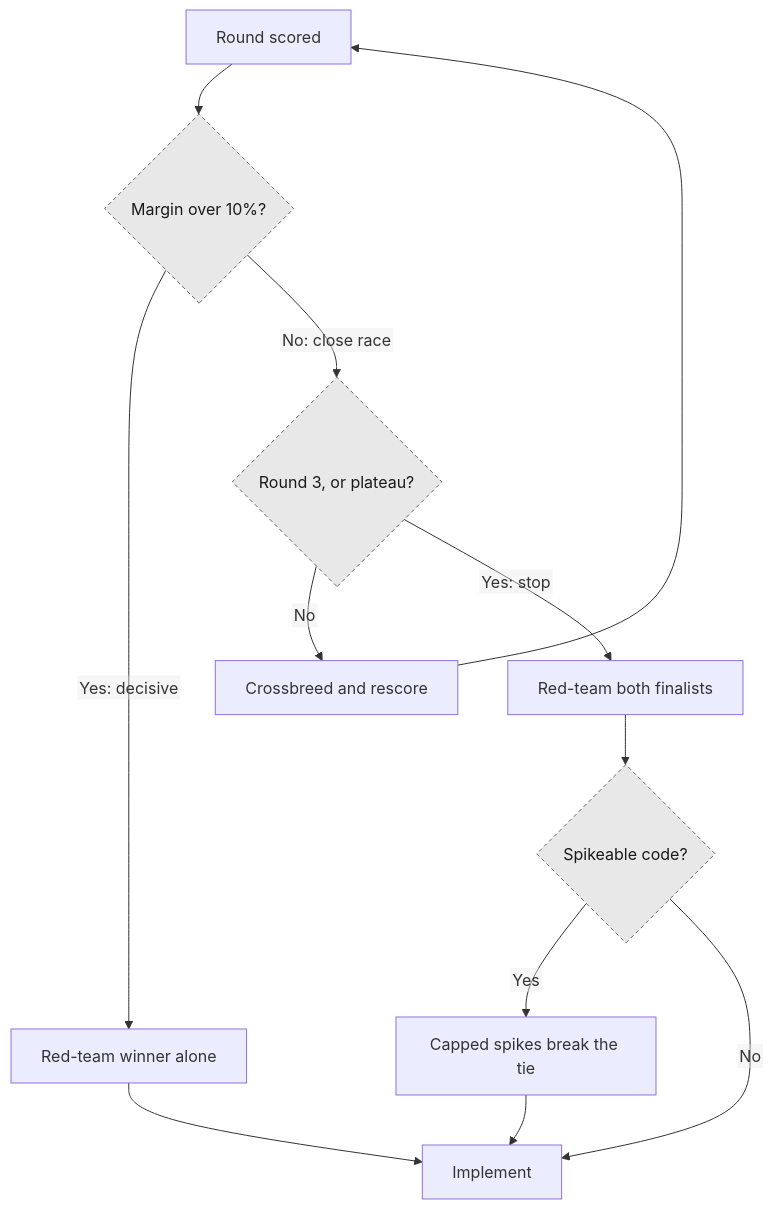
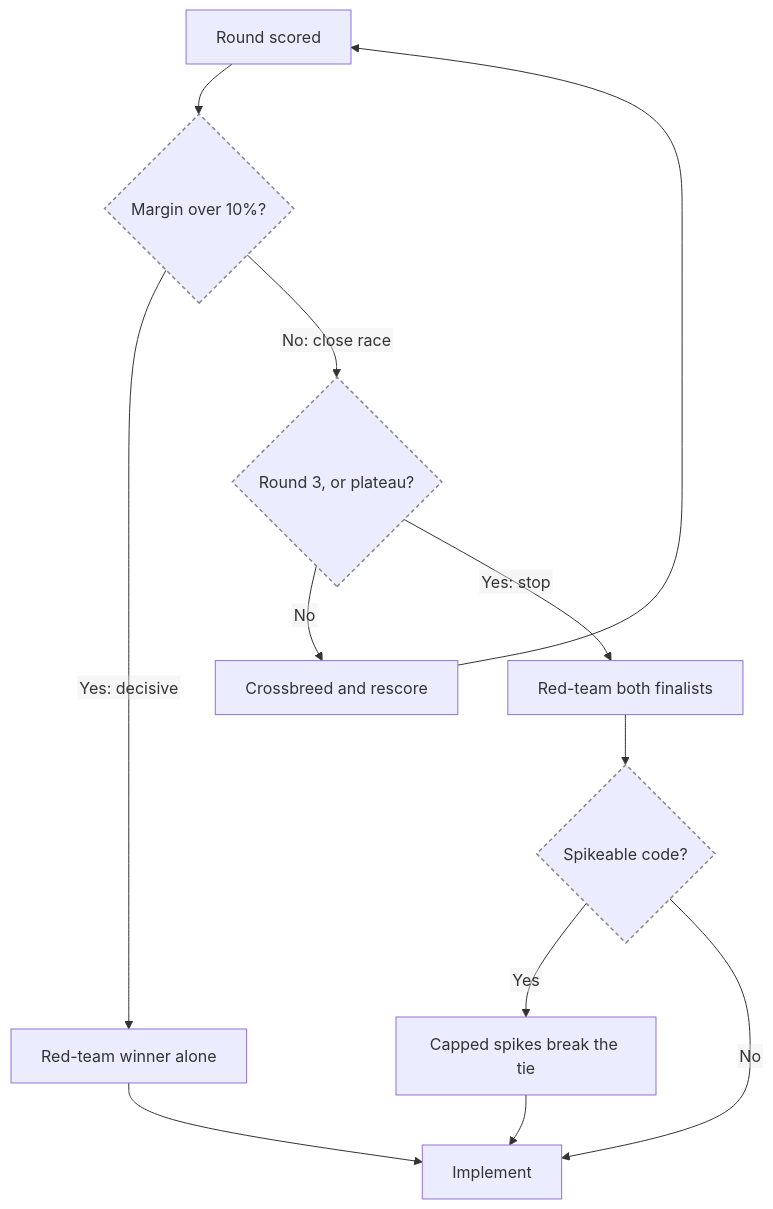
Before and after one commit to rwshiraishi/solution-tournament: the second of 2 diagrams in README.md, drawn with Mermaid. The commit also changed other lines of this file, not shown here.

````diff
--- a/README.md
+++ b/README.md
@@ -190,21 +190,21 @@
 ```mermaid
 %%{init: {"flowchart": {"htmlLabels": false}, "themeVariables": {"fontFamily": "arial"}}}%%
 flowchart TD
     Score[Round scored] --> Margin{Margin over 10%?}
 
     Margin -->|Yes: decisive| One[Red-team winner alone]
     Margin -->|No: close race| Cap{Round 3, or plateau?}
 
     Cap -->|No| Cross[Crossbreed and rescore]
     Cross --> Score
     Cap -->|Yes: stop| Both[Red-team both finalists]
 
     Both --> Spike{Spikeable code?}
     Spike -->|Yes| Spikes[Capped spikes break the tie]
     Spike -->|No| Impl
     Spikes --> Impl[Implement]
     One --> Impl
 
-    classDef mech fill:#e8e8e8,stroke:#666,color:#1a1a1a,stroke-dasharray: 4 3
+    classDef mech stroke:#888,stroke-width:1.5px,stroke-dasharray: 4 3
     class Margin,Cap,Spike mech
 ```
````
